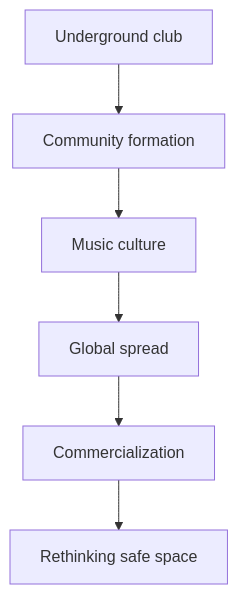
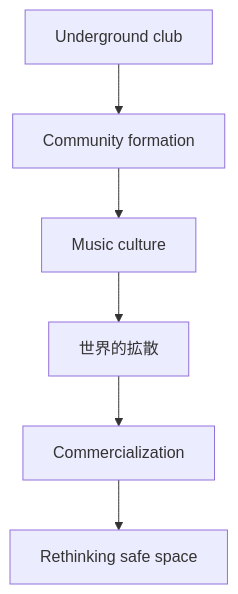
One commit to monumental-movement/monumental-movement.github.io changed the seventh of 7 diagrams in en/_posts/2026-05-24-column-lgbtq-dance.md. Above: the diagram before and after it, drawn with Mermaid. The commit also changed other lines of this file and 1012 other files, not shown here.

```diff
--- a/en/_posts/2026-05-24-column-lgbtq-dance.md
+++ b/en/_posts/2026-05-24-column-lgbtq-dance.md
@@ -341,8 +341,8 @@
 <div class="mermaid">
 flowchart TD
     A["Underground club"] --> B["Community formation"]
     B --> C["Music culture"]
-    C --> D["Global spread"]
+    C --> D["世界的拡散"]
     D --> E["Commercialization"]
     E --> F["Rethinking safe space"]
 </div>
```
